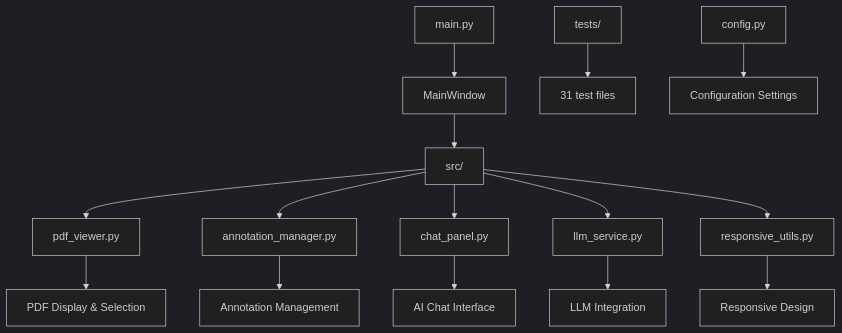
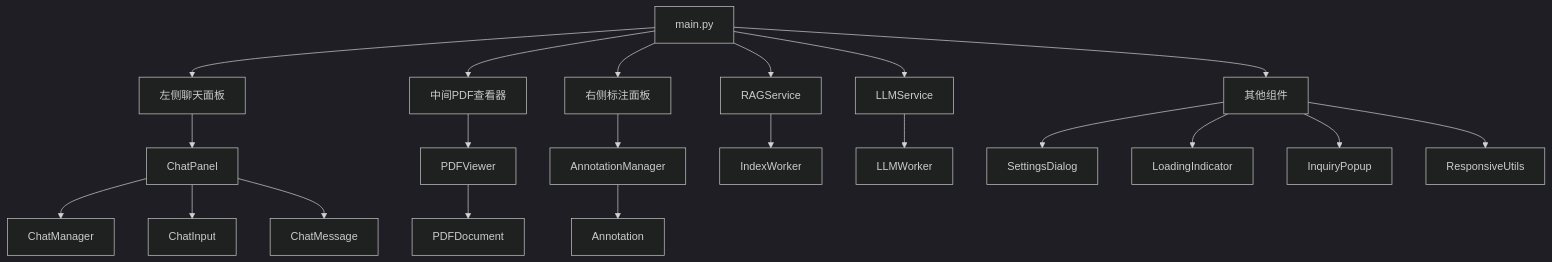
One commit to Jackela/ai_enhanced_pdf_scholar changed the first of 5 diagrams in PROJECT_DOCS.md. Above: the diagram before and after it, drawn with Mermaid (dark theme). The commit also changed other lines of this file and 10 other files, not shown here.

````diff
--- a/PROJECT_DOCS.md
+++ b/PROJECT_DOCS.md
@@ -8,19 +16,29 @@
 ```mermaid
 graph TD
-    A[main.py] --> B[MainWindow]
-    B --> C[src/]
-    C --> D[pdf_viewer.py]
-    C --> E[annotation_manager.py] 
-    C --> F[chat_panel.py]
-    C --> G[llm_service.py]
-    C --> H[responsive_utils.py]
+    A[main.py] --> B[左侧聊天面板]
+    A --> C[中间PDF查看器]
+    A --> D[右侧标注面板]
     
-    I[tests/] --> J[31 test files]
-    K[config.py] --> L[Configuration Settings]
+    B --> E[ChatPanel]
+    E --> F[ChatManager]
+    E --> G[ChatInput]
+    E --> H[ChatMessage]
     
-    D --> M[PDF Display & Selection]
-    E --> N[Annotation Management]
-    F --> O[AI Chat Interface]
-    G --> P[LLM Integration]
-    H --> Q[Responsive Design]
+    C --> I[PDFViewer]
+    I --> J[PDFDocument]
+    
+    D --> K[AnnotationManager]
+    K --> L[Annotation]
+    
+    A --> M[RAGService]
+    M --> N[IndexWorker]
+    
+    A --> O[LLMService]
+    O --> P[LLMWorker]
+    
+    A --> Q[其他组件]
+    Q --> R[SettingsDialog]
+    Q --> S[LoadingIndicator]
+    Q --> T[InquiryPopup]
+    Q --> U[ResponsiveUtils]
 ```
````
